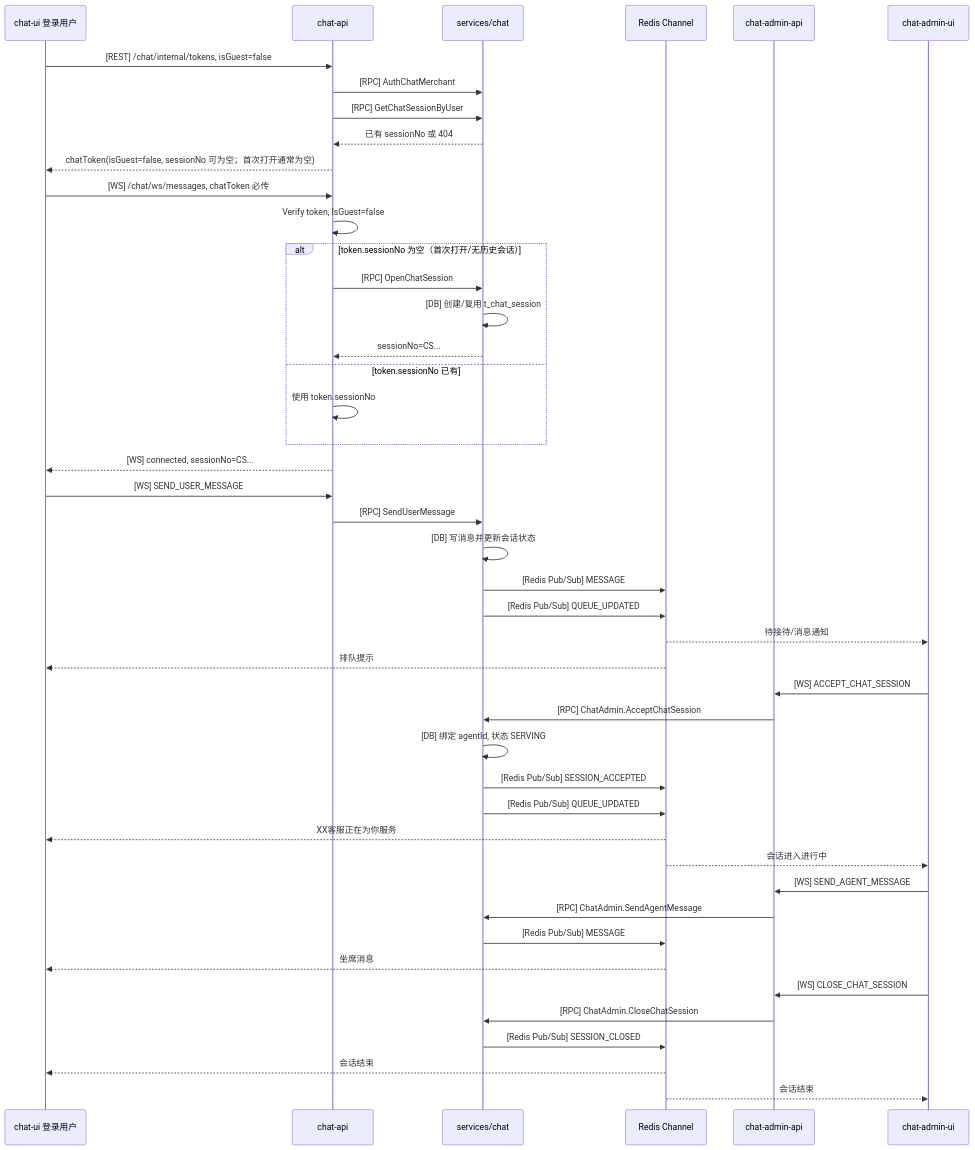
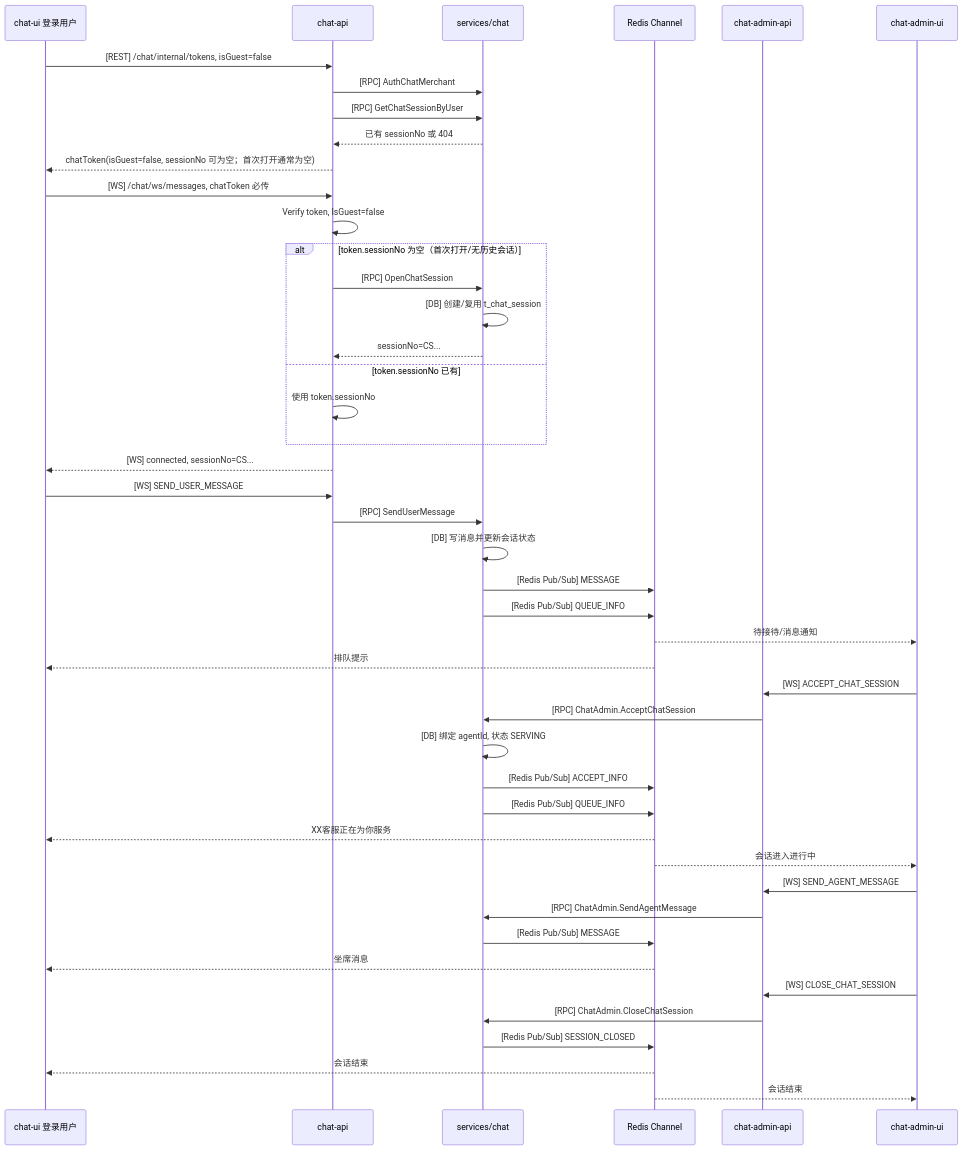
One commit to colbort/wklive changed the third of 4 diagrams in services/chat/CHAT_FLOW.md. Above: the diagram before and after it, drawn with Mermaid. The commit also changed other lines of this file and 11 other files, not shown here.

````diff
--- a/services/chat/CHAT_FLOW.md
+++ b/services/chat/CHAT_FLOW.md
@@ -147,48 +147,48 @@
 ```mermaid
 sequenceDiagram
     participant U as chat-ui 登录用户
     participant CA as chat-api
     participant RPC as services/chat
     participant BUS as Redis Channel
     participant AA as chat-admin-api
     participant AU as chat-admin-ui
 
     U->>CA: [REST] /chat/internal/tokens, isGuest=false
     CA->>RPC: [RPC] AuthChatMerchant
     CA->>RPC: [RPC] GetChatSessionByUser
     RPC-->>CA: 已有 sessionNo 或 404
     CA-->>U: chatToken(isGuest=false, sessionNo 可为空；首次打开通常为空)
     U->>CA: [WS] /chat/ws/messages, chatToken 必传
     CA->>CA: Verify token, IsGuest=false
     alt token.sessionNo 为空（首次打开/无历史会话）
         CA->>RPC: [RPC] OpenChatSession
         RPC->>RPC: [DB] 创建/复用 t_chat_session
         RPC-->>CA: sessionNo=CS...
     else token.sessionNo 已有
         CA->>CA: 使用 token.sessionNo
     end
     CA-->>U: [WS] connected, sessionNo=CS...
     U->>CA: [WS] SEND_USER_MESSAGE
     CA->>RPC: [RPC] SendUserMessage
     RPC->>RPC: [DB] 写消息并更新会话状态
     RPC->>BUS: [Redis Pub/Sub] MESSAGE
-    RPC->>BUS: [Redis Pub/Sub] QUEUE_UPDATED
+    RPC->>BUS: [Redis Pub/Sub] QUEUE_INFO
     BUS-->>AU: 待接待/消息通知
     BUS-->>U: 排队提示
     AU->>AA: [WS] ACCEPT_CHAT_SESSION
     AA->>RPC: [RPC] ChatAdmin.AcceptChatSession
     RPC->>RPC: [DB] 绑定 agentId, 状态 SERVING
-    RPC->>BUS: [Redis Pub/Sub] SESSION_ACCEPTED
-    RPC->>BUS: [Redis Pub/Sub] QUEUE_UPDATED
+    RPC->>BUS: [Redis Pub/Sub] ACCEPT_INFO
+    RPC->>BUS: [Redis Pub/Sub] QUEUE_INFO
     BUS-->>U: XX客服正在为你服务
     BUS-->>AU: 会话进入进行中
     AU->>AA: [WS] SEND_AGENT_MESSAGE
     AA->>RPC: [RPC] ChatAdmin.SendAgentMessage
     RPC->>BUS: [Redis Pub/Sub] MESSAGE
     BUS-->>U: 坐席消息
     AU->>AA: [WS] CLOSE_CHAT_SESSION
     AA->>RPC: [RPC] ChatAdmin.CloseChatSession
     RPC->>BUS: [Redis Pub/Sub] SESSION_CLOSED
     BUS-->>U: 会话结束
     BUS-->>AU: 会话结束
 ```
````
